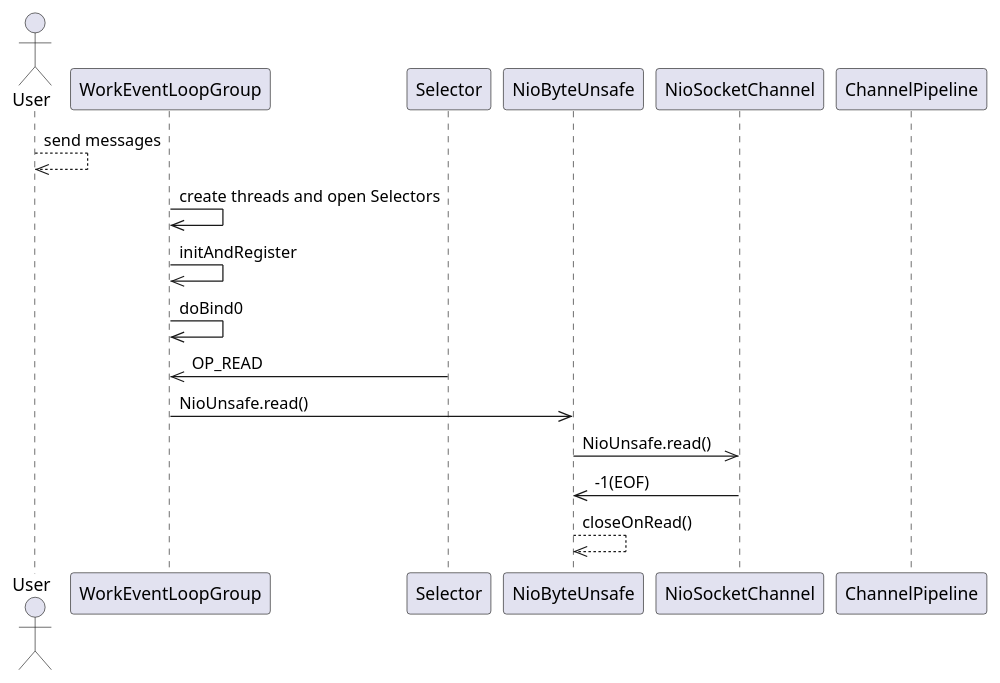
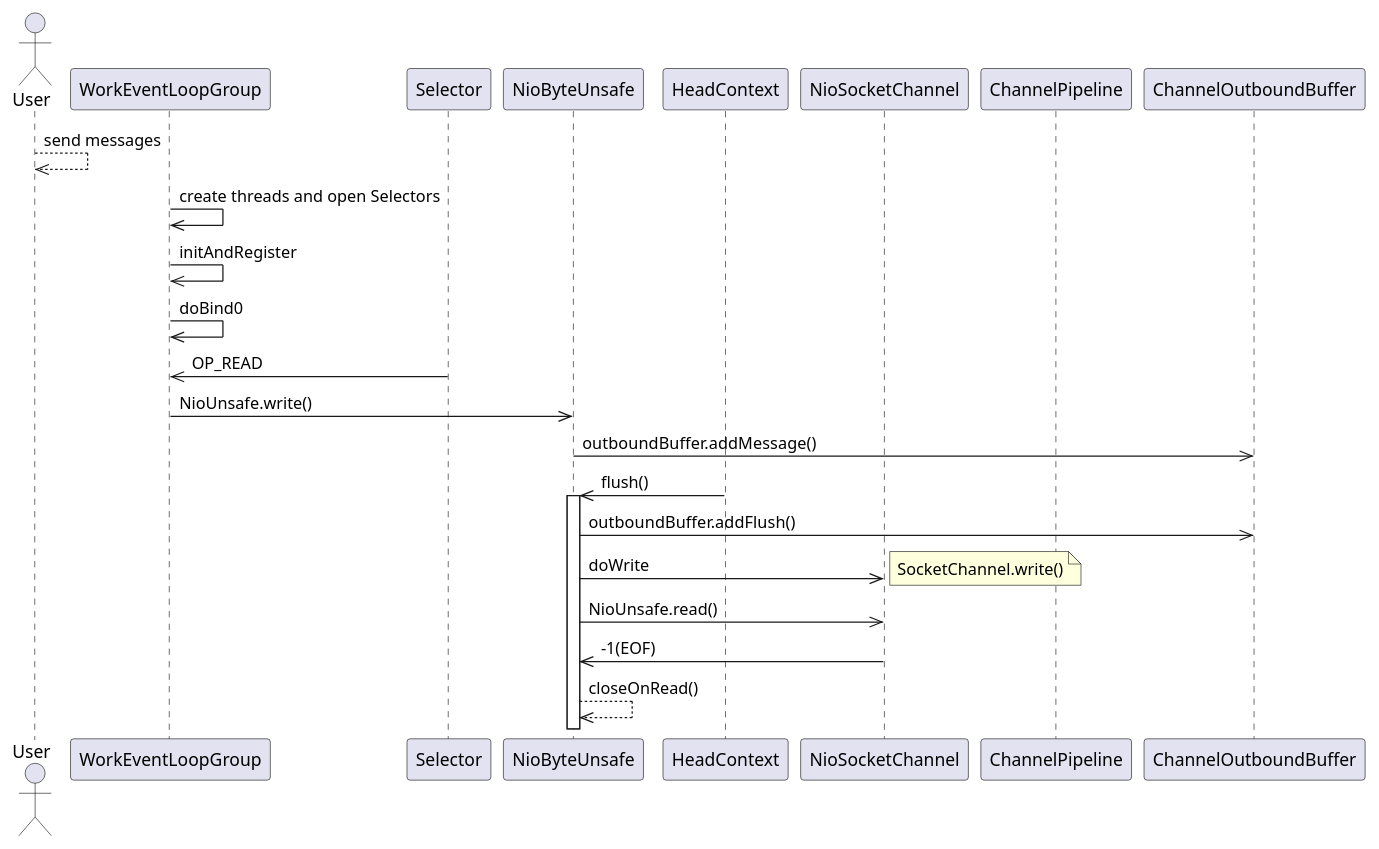
The fifth of 6 diagrams in docs/CS/Java/Netty/Netty.md (Robinpig/Note), drawn with PlantUML before and after one commit. The commit also changed other lines of this file and 6 other files, not shown here.

````diff
--- a/docs/CS/Java/Netty/Netty.md
+++ b/docs/CS/Java/Netty/Netty.md
@@ -133,18 +155,26 @@
 ```plantuml
 actor User
 User -->> User: send messages
 participant WorkEventLoopGroup as we
 participant Selector as se
 we ->> we: create threads and open Selectors
 we ->> we: initAndRegister
 we ->> we: doBind0
 se ->> we: OP_READ
 participant NioByteUnsafe as ue
-we ->> ue: NioUnsafe.read()
+participant HeadContext as hc
+we ->> ue: NioUnsafe.write()
 participant NioSocketChannel as so
+participant ChannelPipeline as pipe
+participant ChannelOutboundBuffer as ob
+ue ->> ob: outboundBuffer.addMessage()
+hc ->> ue: flush()
+activate ue
+ue ->> ob: outboundBuffer.addFlush()
+ue ->> so: doWrite
+note right: SocketChannel.write()
 ue ->> so: NioUnsafe.read()
 so ->> ue: -1(EOF)
 ue -->> ue: closeOnRead()
-participant ChannelPipeline as pipe
 
 ```
````
